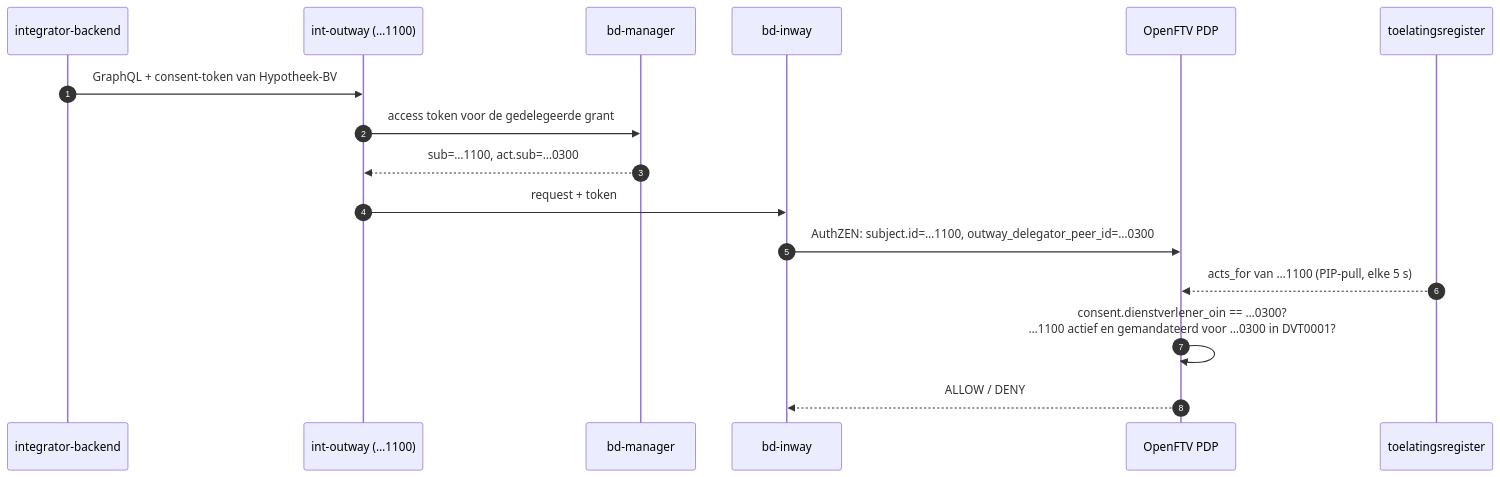
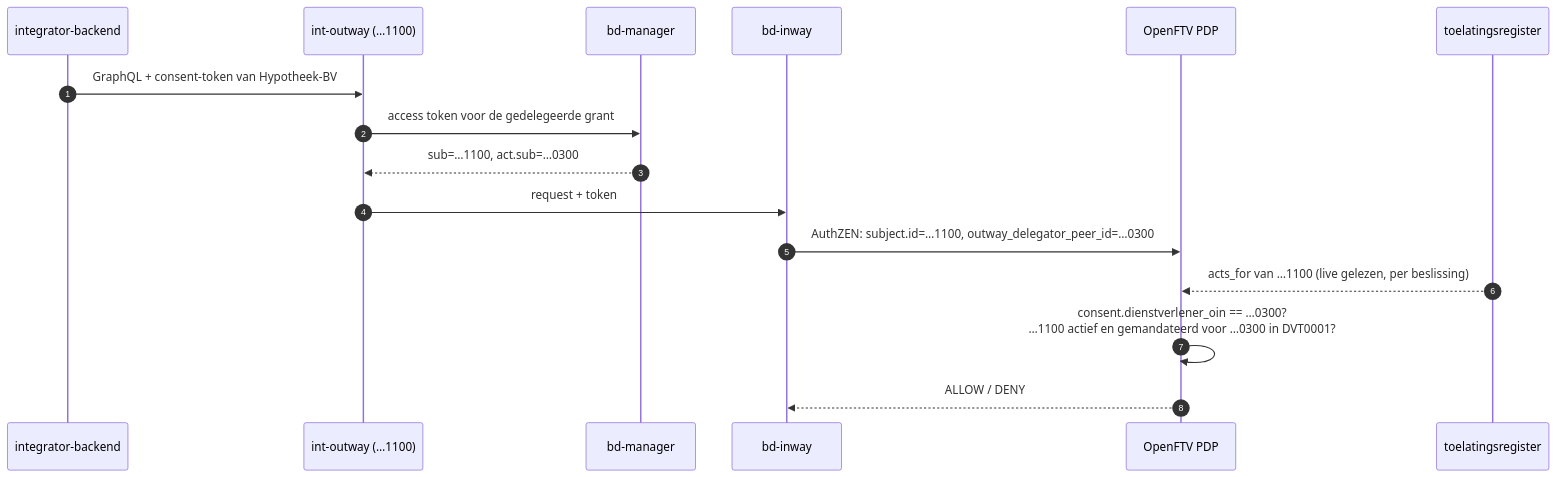
One commit to ICTU/GBO-demo changed the diagram in docs/integrator.md. Above: the diagram before and after it, drawn with Mermaid. The commit also changed 21 other files, not shown here.

````diff
--- a/docs/integrator.md
+++ b/docs/integrator.md
@@ -27,18 +27,18 @@
 ```mermaid
 sequenceDiagram
     autonumber
     participant I as integrator-backend
     participant O as int-outway (…1100)
     participant M as bd-manager
     participant N as bd-inway
     participant P as OpenFTV PDP
     participant R as toelatingsregister
     I->>O: GraphQL + consent-token van Hypotheek-BV
     O->>M: access token voor de gedelegeerde grant
     M-->>O: sub=…1100, act.sub=…0300
     O->>N: request + token
     N->>P: AuthZEN: subject.id=…1100, outway_delegator_peer_id=…0300
-    R-->>P: acts_for van …1100 (PIP-pull, elke 5 s)
+    R-->>P: acts_for van …1100 (live gelezen, per beslissing)
     P->>P: consent.dienstverlener_oin == …0300?<br/>…1100 actief en gemandateerd voor …0300 in DVT0001?
     P-->>N: ALLOW / DENY
 ```
````
